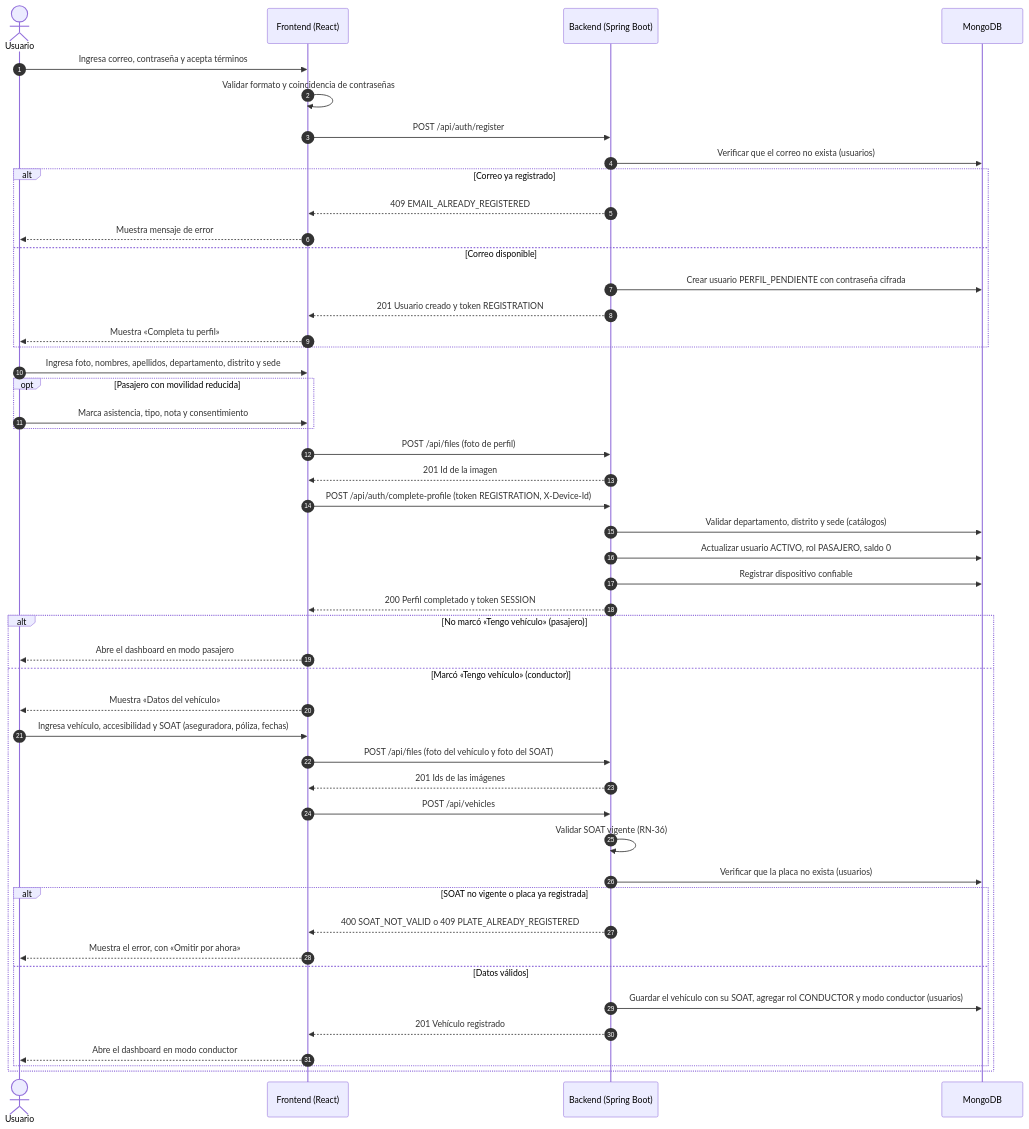
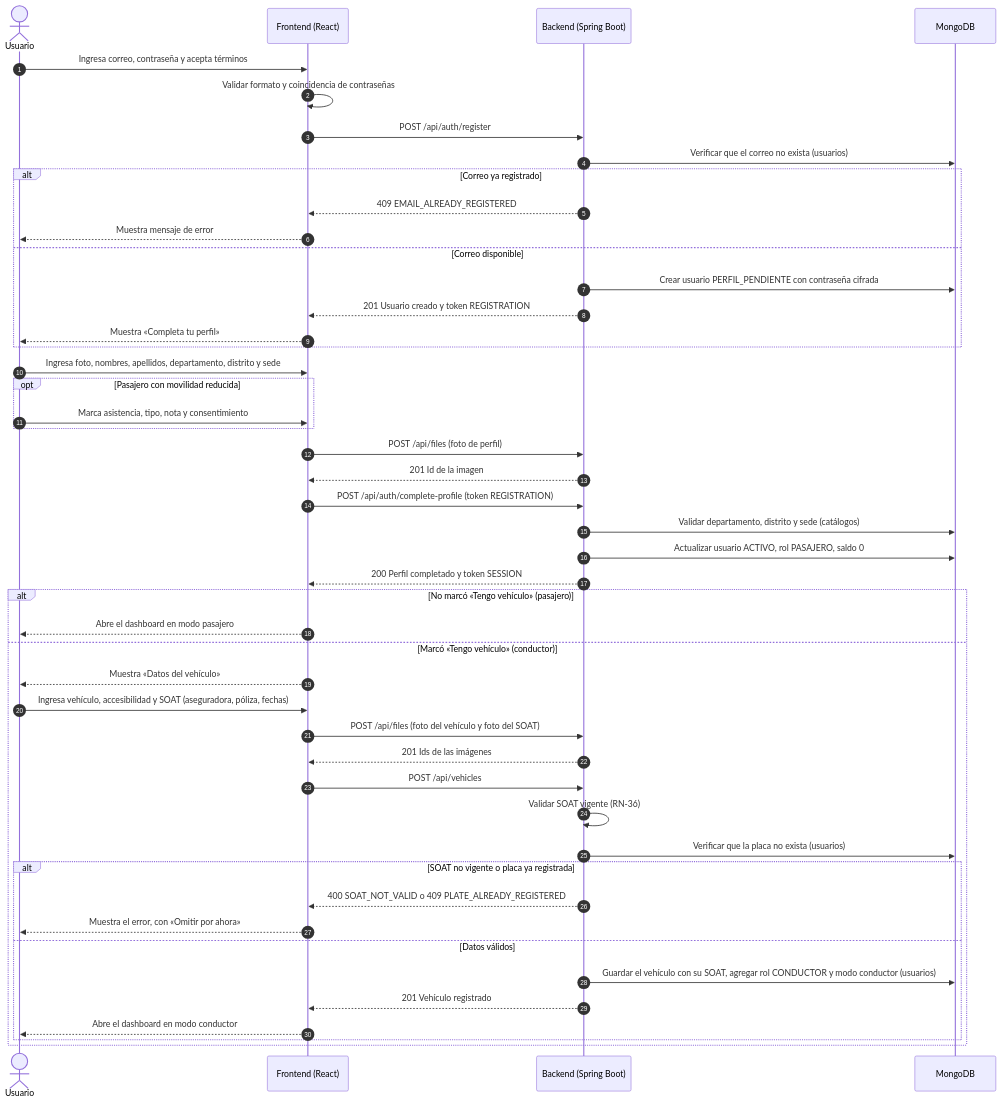
Before and after one commit to manuelguarniz/mono-movilidad-colaborativa: the seventh of 13 diagrams in README.md, drawn with Mermaid. The commit also changed other lines of this file and 43 other files, not shown here.

````diff
--- a/README.md
+++ b/README.md
@@ -1019,53 +999,52 @@
 ```mermaid
 sequenceDiagram
     autonumber
     actor U as Usuario
     participant FE as Frontend (React)
     participant API as Backend (Spring Boot)
     participant DB as MongoDB
 
     U->>FE: Ingresa correo, contraseña y acepta términos
     FE->>FE: Validar formato y coincidencia de contraseñas
     FE->>API: POST /api/auth/register
     API->>DB: Verificar que el correo no exista (usuarios)
     alt Correo ya registrado
         API-->>FE: 409 EMAIL_ALREADY_REGISTERED
         FE-->>U: Muestra mensaje de error
     else Correo disponible
         API->>DB: Crear usuario PERFIL_PENDIENTE con contraseña cifrada
         API-->>FE: 201 Usuario creado y token REGISTRATION
         FE-->>U: Muestra «Completa tu perfil»
     end
 
     U->>FE: Ingresa foto, nombres, apellidos, departamento, distrito y sede
     opt Pasajero con movilidad reducida
         U->>FE: Marca asistencia, tipo, nota y consentimiento
     end
     FE->>API: POST /api/files (foto de perfil)
     API-->>FE: 201 Id de la imagen
-    FE->>API: POST /api/auth/complete-profile (token REGISTRATION, X-Device-Id)
+    FE->>API: POST /api/auth/complete-profile (token REGISTRATION)
     API->>DB: Validar departamento, distrito y sede (catálogos)
     API->>DB: Actualizar usuario ACTIVO, rol PASAJERO, saldo 0
-    API->>DB: Registrar dispositivo confiable
     API-->>FE: 200 Perfil completado y token SESSION
 
     alt No marcó «Tengo vehículo» (pasajero)
         FE-->>U: Abre el dashboard en modo pasajero
     else Marcó «Tengo vehículo» (conductor)
         FE-->>U: Muestra «Datos del vehículo»
         U->>FE: Ingresa vehículo, accesibilidad y SOAT (aseguradora, póliza, fechas)
         FE->>API: POST /api/files (foto del vehículo y foto del SOAT)
         API-->>FE: 201 Ids de las imágenes
         FE->>API: POST /api/vehicles
         API->>API: Validar SOAT vigente (RN-36)
         API->>DB: Verificar que la placa no exista (usuarios)
         alt SOAT no vigente o placa ya registrada
             API-->>FE: 400 SOAT_NOT_VALID o 409 PLATE_ALREADY_REGISTERED
             FE-->>U: Muestra el error, con «Omitir por ahora»
         else Datos válidos
             API->>DB: Guardar el vehículo con su SOAT, agregar rol CONDUCTOR y modo conductor (usuarios)
             API-->>FE: 201 Vehículo registrado
             FE-->>U: Abre el dashboard en modo conductor
         end
     end
 ```
````
